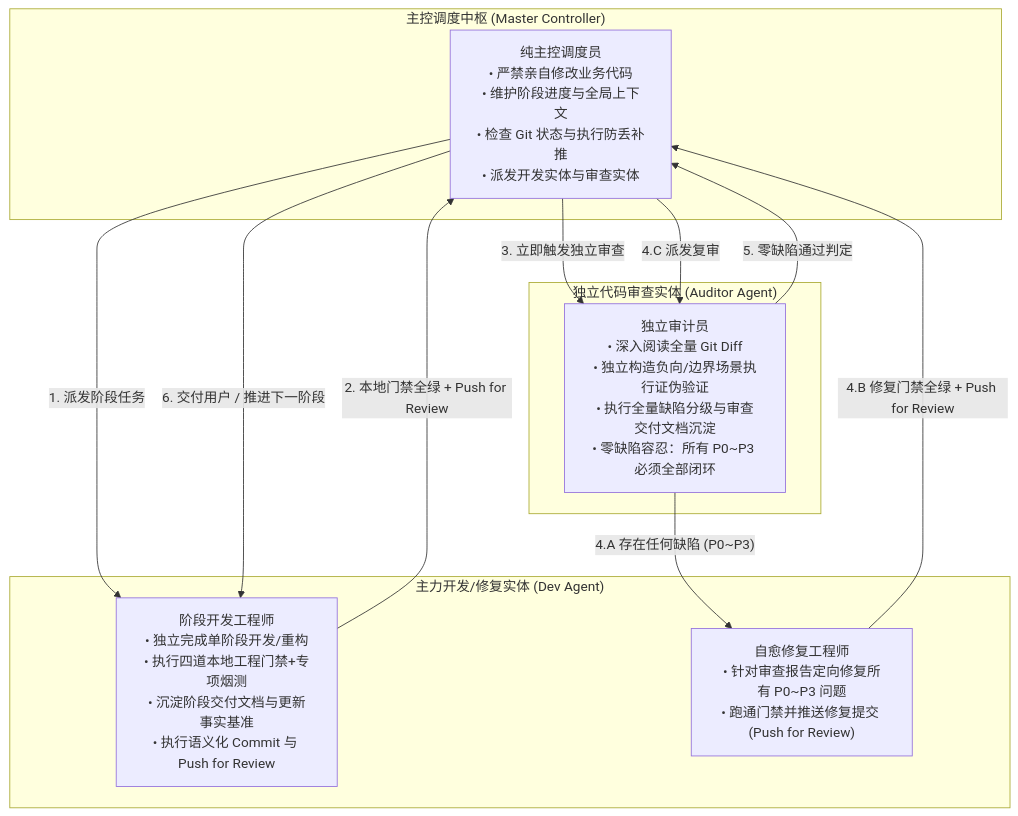
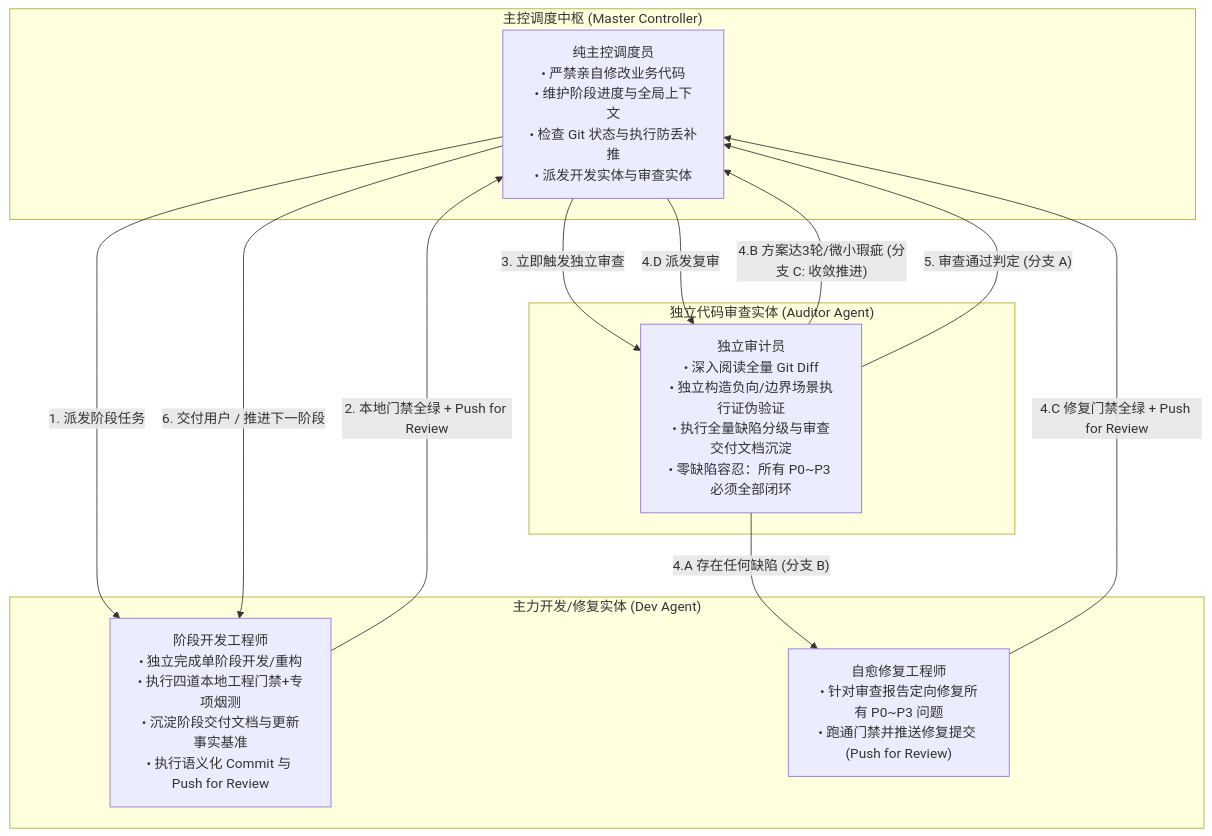
The diagram in docs/templates/DUAL_AGENT_REVIEW_WORKFLOW.md (SeptYagu/gomoku-online), drawn with Mermaid before and after one commit. The commit also changed other lines of this file and 1 other file, not shown here.

Commit message:
docs(workflow): add classified review round limits and branch c convergence

````diff
--- a/docs/templates/DUAL_AGENT_REVIEW_WORKFLOW.md
+++ b/docs/templates/DUAL_AGENT_REVIEW_WORKFLOW.md
@@ -29,24 +31,25 @@
 ```mermaid
 flowchart TD
     subgraph Controller ["主控调度中枢 (Master Controller)"]
         Orchestrator["纯主控调度员<br/>• 严禁亲自修改业务代码<br/>• 维护阶段进度与全局上下文<br/>• 检查 Git 状态与执行防丢补推<br/>• 派发开发实体与审查实体"]
     end
 
     subgraph DevEntity ["主力开发/修复实体 (Dev Agent)"]
         PhaseAgent["阶段开发工程师<br/>• 独立完成单阶段开发/重构<br/>• 执行四道本地工程门禁+专项烟测<br/>• 沉淀阶段交付文档与更新事实基准<br/>• 执行语义化 Commit 与 Push for Review"]
         FixAgent["自愈修复工程师<br/>• 针对审查报告定向修复所有 P0~P3 问题<br/>• 跑通门禁并推送修复提交 (Push for Review)"]
     end
 
     subgraph AuditorEntity ["独立代码审查实体 (Auditor Agent)"]
         Auditor["独立审计员<br/>• 深入阅读全量 Git Diff<br/>• 独立构造负向/边界场景执行证伪验证<br/>• 执行全量缺陷分级与审查交付文档沉淀<br/>• 零缺陷容忍：所有 P0~P3 必须全部闭环"]
     end
 
     Orchestrator -->|"1. 派发阶段任务"| PhaseAgent
     PhaseAgent -->|"2. 本地门禁全绿 + Push for Review"| Orchestrator
     Orchestrator -->|"3. 立即触发独立审查"| Auditor
-    Auditor -->|"4.A 存在任何缺陷 (P0~P3)"| FixAgent
-    FixAgent -->|"4.B 修复门禁全绿 + Push for Review"| Orchestrator
-    Orchestrator -->|"4.C 派发复审"| Auditor
-    Auditor -->|"5. 零缺陷通过判定"| Orchestrator
+    Auditor -->|"4.A 存在任何缺陷 (分支 B)"| FixAgent
+    Auditor -->|"4.B 方案达3轮/微小瑕疵 (分支 C: 收敛推进)"| Orchestrator
+    FixAgent -->|"4.C 修复门禁全绿 + Push for Review"| Orchestrator
+    Orchestrator -->|"4.D 派发复审"| Auditor
+    Auditor -->|"5. 审查通过判定 (分支 A)"| Orchestrator
     Orchestrator -->|"6. 交付用户 / 推进下一阶段"| PhaseAgent
 ```
````
